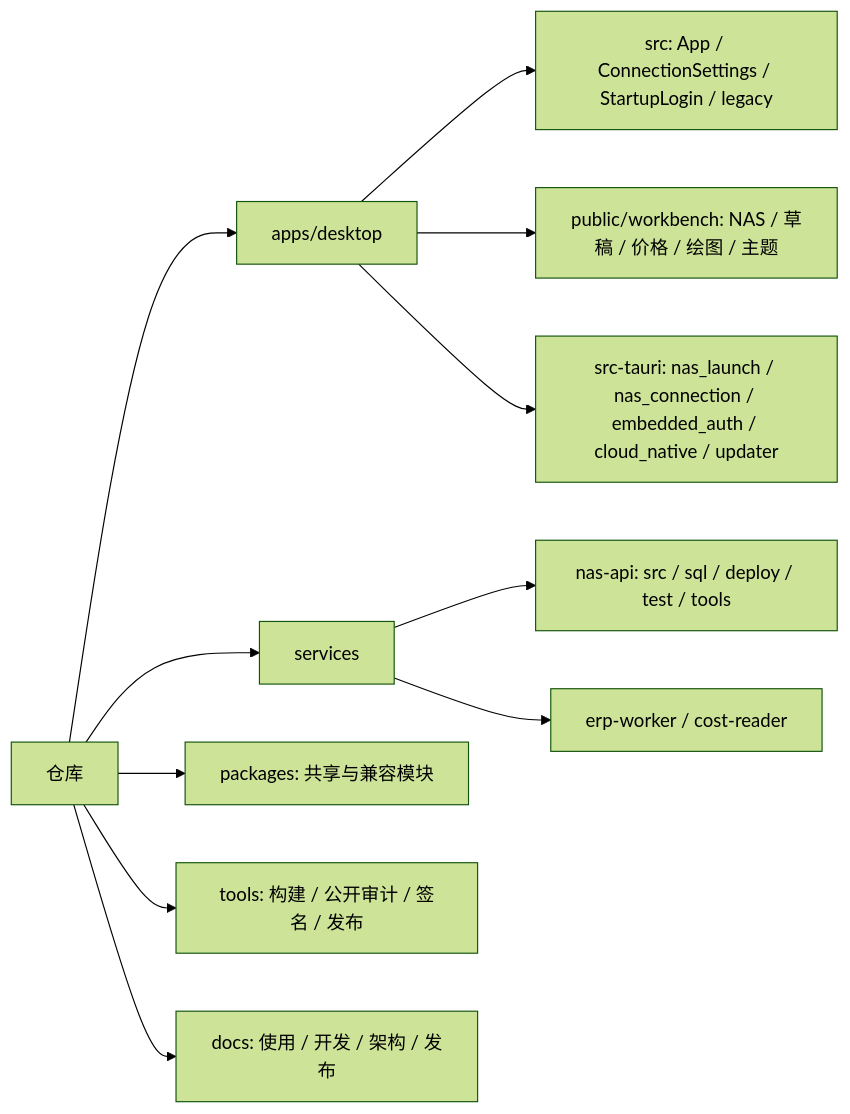
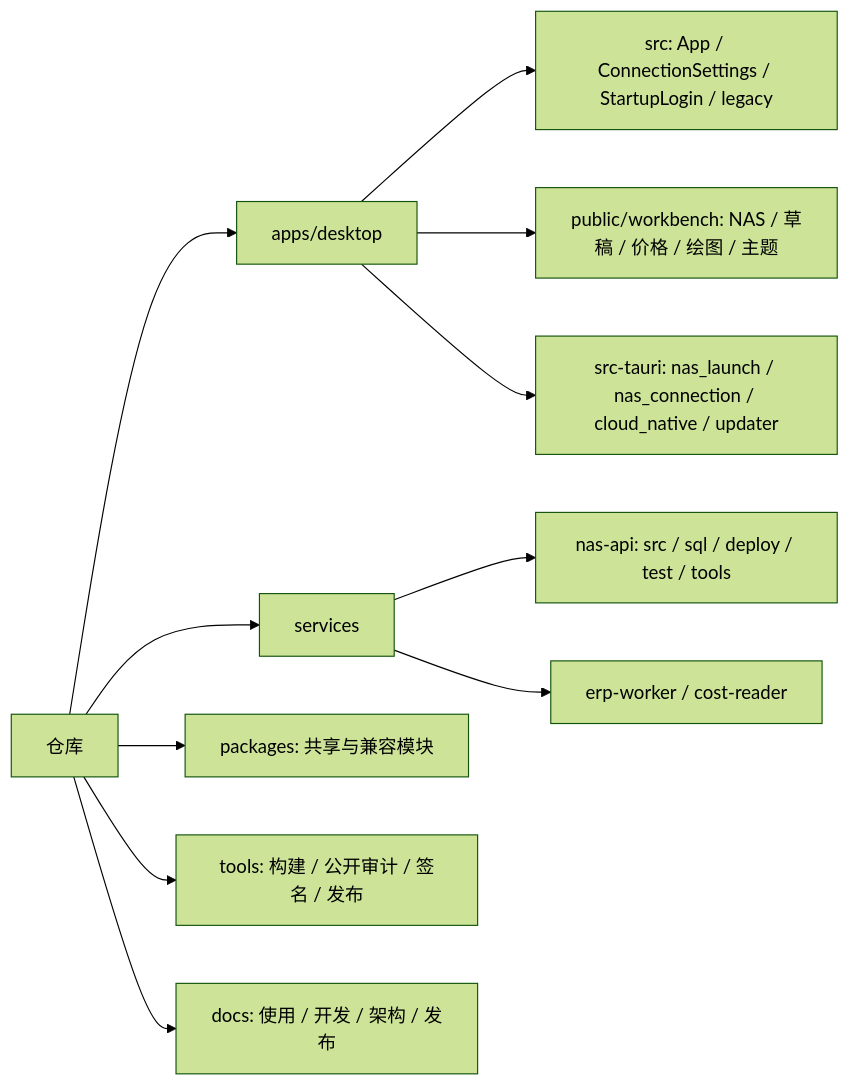
One commit to yamakaze1234/diytools-refactor changed the second of 2 diagrams in docs/PUBLIC-ARCHITECTURE.md. Above: the diagram before and after it, drawn with Mermaid (forest theme). The commit also changed other lines of this file and 65 other files, not shown here.

````diff
--- a/docs/PUBLIC-ARCHITECTURE.md
+++ b/docs/PUBLIC-ARCHITECTURE.md
@@ -30,13 +31,13 @@
 ```mermaid
 flowchart LR
   Root[仓库] --> Desktop[apps/desktop]
   Desktop --> React[src: App / ConnectionSettings / StartupLogin / legacy]
   Desktop --> Business[public/workbench: NAS / 草稿 / 价格 / 绘图 / 主题]
-  Desktop --> Native[src-tauri: nas_launch / nas_connection / embedded_auth / cloud_native / updater]
+  Desktop --> Native[src-tauri: nas_launch / nas_connection / cloud_native / updater]
   Root --> Services[services]
   Services --> NAS[nas-api: src / sql / deploy / test / tools]
   Services --> Workers[erp-worker / cost-reader]
   Root --> Packages[packages: 共享与兼容模块]
   Root --> Tools[tools: 构建 / 公开审计 / 签名 / 发布]
   Root --> Docs[docs: 使用 / 开发 / 架构 / 发布]
 ```
````
